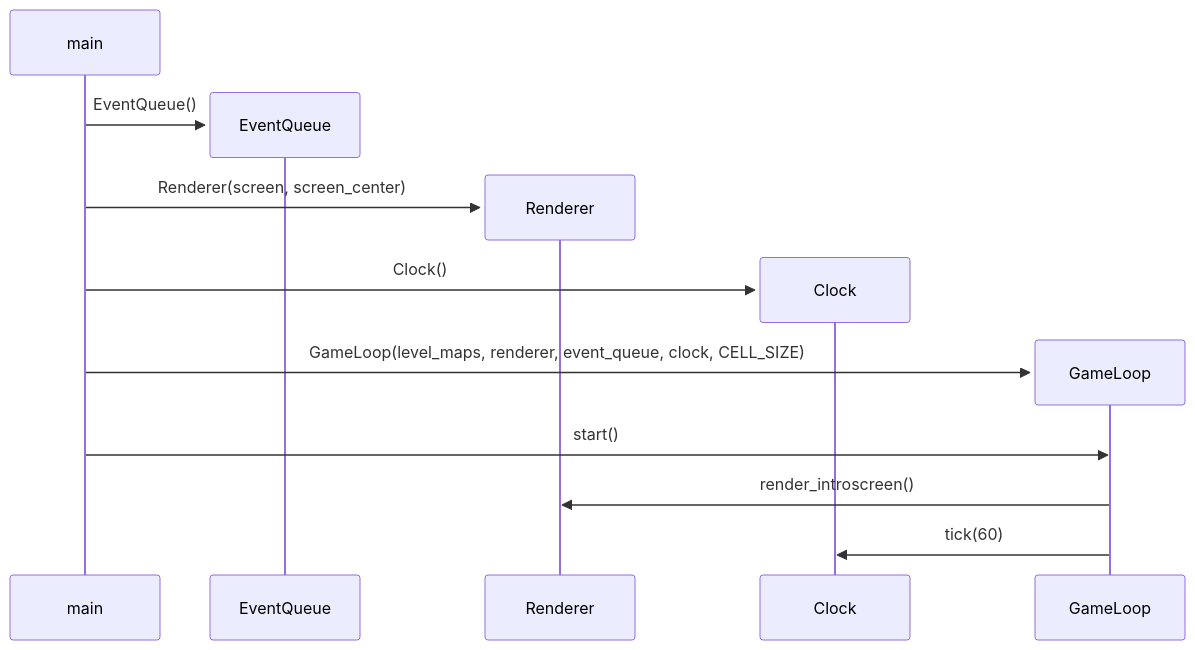
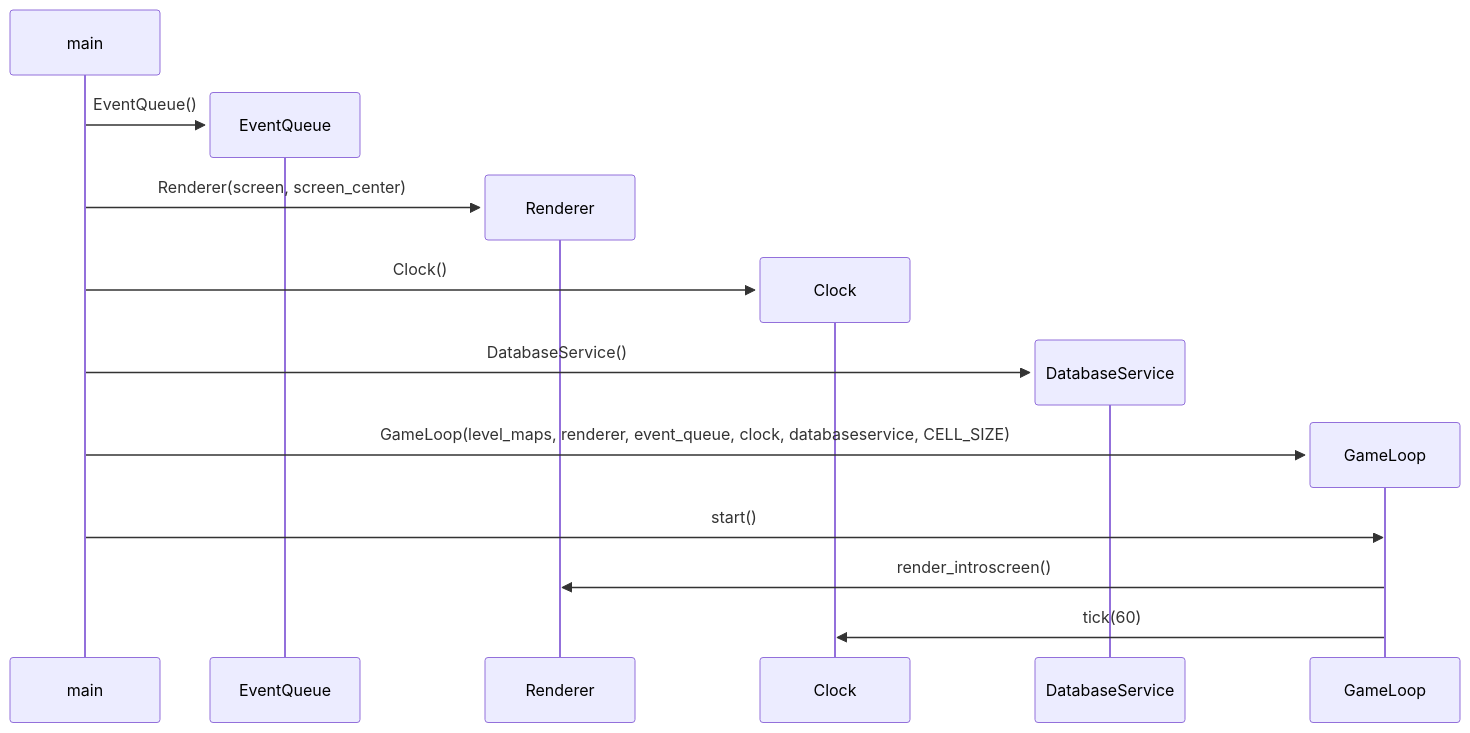
Before and after one commit to kortekoski/ot-harjoitustyo: the second of 2 diagrams in projekti/dokumentaatio/arkkitehtuuri.md, drawn with Mermaid. The commit also changed other lines of this file and 18 other files, not shown here.

````diff
--- a/projekti/dokumentaatio/arkkitehtuuri.md
+++ b/projekti/dokumentaatio/arkkitehtuuri.md
@@ -22,15 +34,17 @@
 ```mermaid
   sequenceDiagram
     create participant main
     create participant EventQueue
     main->>EventQueue: EventQueue()
     create participant Renderer
     main->>Renderer: Renderer(screen, screen_center)
     create participant Clock
     main->>Clock: Clock()
+    create participant DatabaseService
+    main->>DatabaseService: DatabaseService()
     create participant GameLoop
-    main->>GameLoop: GameLoop(level_maps, renderer, event_queue, clock, CELL_SIZE)
+    main->>GameLoop: GameLoop(level_maps, renderer, event_queue, clock, databaseservice, CELL_SIZE)
     main->>GameLoop: start()
     GameLoop->>Renderer: render_introscreen()
     GameLoop->>Clock: tick(60)
 ```
````
